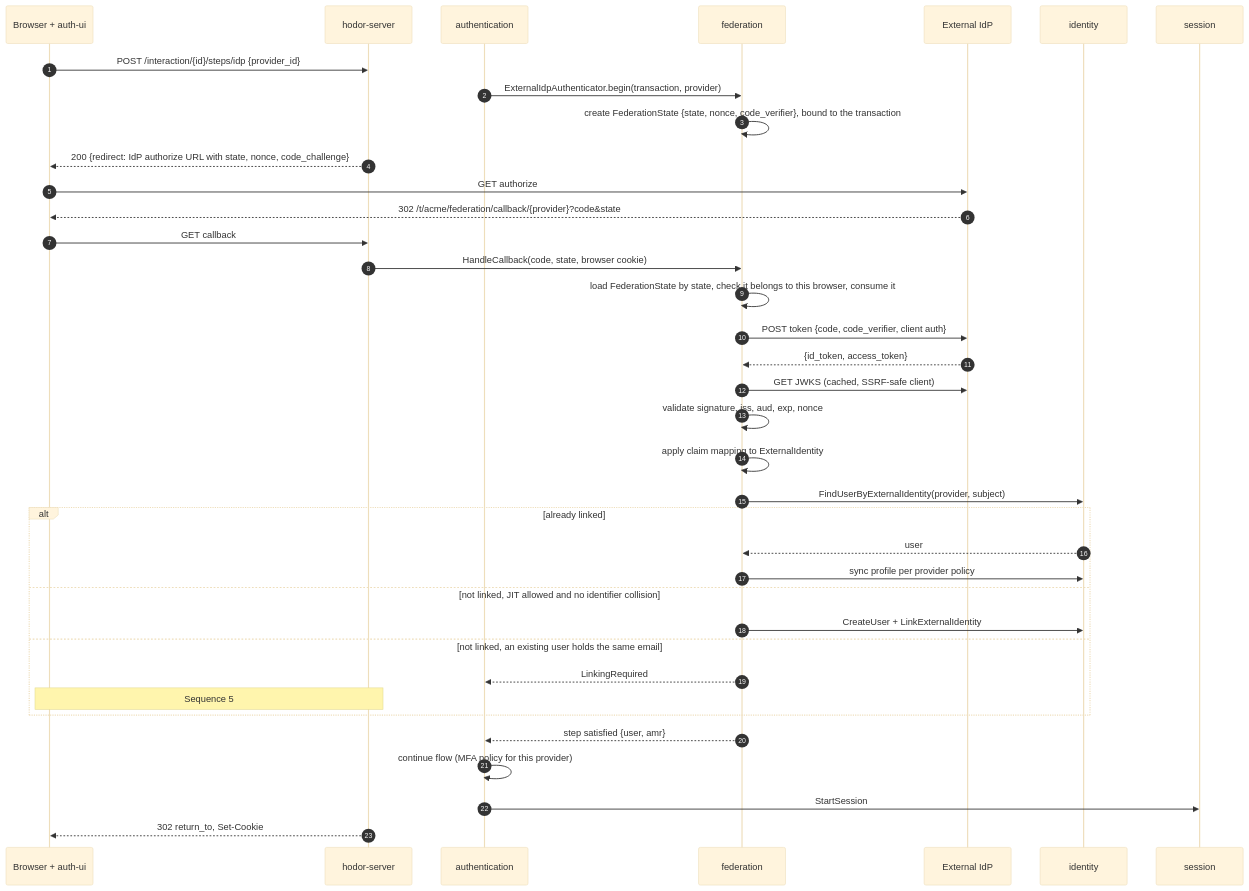
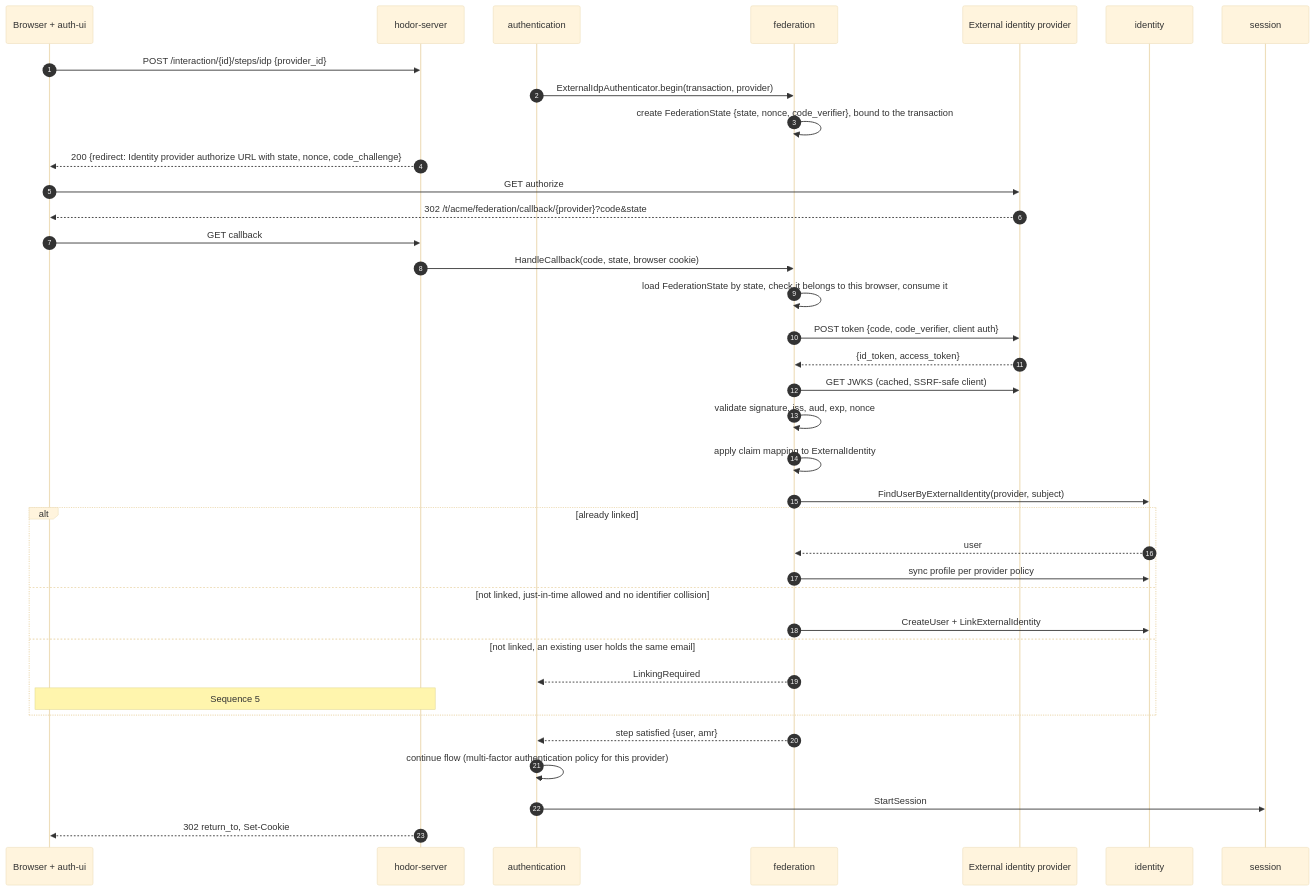
One commit to ortisun/hodor changed the fourth of 7 diagrams in docs/protocols/sequences.md. Above: the diagram before and after it, drawn with Mermaid (base theme). The commit also changed other lines of this file and 48 other files, not shown here.

````diff
--- a/docs/protocols/sequences.md
+++ b/docs/protocols/sequences.md
@@ -137,40 +137,40 @@
 ```mermaid
 sequenceDiagram
     autonumber
-    participant UA as Browser + auth-ui
-    participant H as hodor-server
-    participant AUT as authentication
-    participant FED as federation
-    participant IDP as External IdP
-    participant IDN as identity
-    participant SES as session
+    participant Browser as Browser + auth-ui
+    participant Server as hodor-server
+    participant Authentication as authentication
+    participant Federation as federation
+    participant ExternalProvider as External identity provider
+    participant Identity as identity
+    participant Session as session
 
-    UA->>H: POST /interaction/{id}/steps/idp {provider_id}
-    AUT->>FED: ExternalIdpAuthenticator.begin(transaction, provider)
-    FED->>FED: create FederationState {state, nonce, code_verifier}, bound to the transaction
-    H-->>UA: 200 {redirect: IdP authorize URL with state, nonce, code_challenge}
-    UA->>IDP: GET authorize
-    IDP-->>UA: 302 /t/acme/federation/callback/{provider}?code&state
-    UA->>H: GET callback
-    H->>FED: HandleCallback(code, state, browser cookie)
-    FED->>FED: load FederationState by state, check it belongs to this browser, consume it
-    FED->>IDP: POST token {code, code_verifier, client auth}
-    IDP-->>FED: {id_token, access_token}
-    FED->>IDP: GET JWKS (cached, SSRF-safe client)
-    FED->>FED: validate signature, iss, aud, exp, nonce
-    FED->>FED: apply claim mapping to ExternalIdentity
-    FED->>IDN: FindUserByExternalIdentity(provider, subject)
+    Browser->>Server: POST /interaction/{id}/steps/idp {provider_id}
+    Authentication->>Federation: ExternalIdpAuthenticator.begin(transaction, provider)
+    Federation->>Federation: create FederationState {state, nonce, code_verifier}, bound to the transaction
+    Server-->>Browser: 200 {redirect: Identity provider authorize URL with state, nonce, code_challenge}
+    Browser->>ExternalProvider: GET authorize
+    ExternalProvider-->>Browser: 302 /t/acme/federation/callback/{provider}?code&state
+    Browser->>Server: GET callback
+    Server->>Federation: HandleCallback(code, state, browser cookie)
+    Federation->>Federation: load FederationState by state, check it belongs to this browser, consume it
+    Federation->>ExternalProvider: POST token {code, code_verifier, client auth}
+    ExternalProvider-->>Federation: {id_token, access_token}
+    Federation->>ExternalProvider: GET JWKS (cached, SSRF-safe client)
+    Federation->>Federation: validate signature, iss, aud, exp, nonce
+    Federation->>Federation: apply claim mapping to ExternalIdentity
+    Federation->>Identity: FindUserByExternalIdentity(provider, subject)
     alt already linked
-        IDN-->>FED: user
-        FED->>IDN: sync profile per provider policy
-    else not linked, JIT allowed and no identifier collision
-        FED->>IDN: CreateUser + LinkExternalIdentity
+        Identity-->>Federation: user
+        Federation->>Identity: sync profile per provider policy
+    else not linked, just-in-time allowed and no identifier collision
+        Federation->>Identity: CreateUser + LinkExternalIdentity
     else not linked, an existing user holds the same email
-        FED-->>AUT: LinkingRequired
-        Note over UA,H: Sequence 5
+        Federation-->>Authentication: LinkingRequired
+        Note over Browser,Server: Sequence 5
     end
-    FED-->>AUT: step satisfied {user, amr}
-    AUT->>AUT: continue flow (MFA policy for this provider)
-    AUT->>SES: StartSession
-    H-->>UA: 302 return_to, Set-Cookie
+    Federation-->>Authentication: step satisfied {user, amr}
+    Authentication->>Authentication: continue flow (multi-factor authentication policy for this provider)
+    Authentication->>Session: StartSession
+    Server-->>Browser: 302 return_to, Set-Cookie
 ```
````
